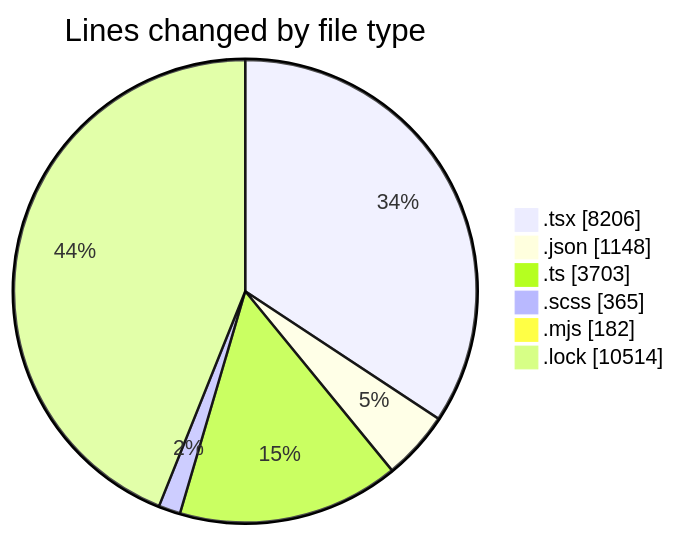
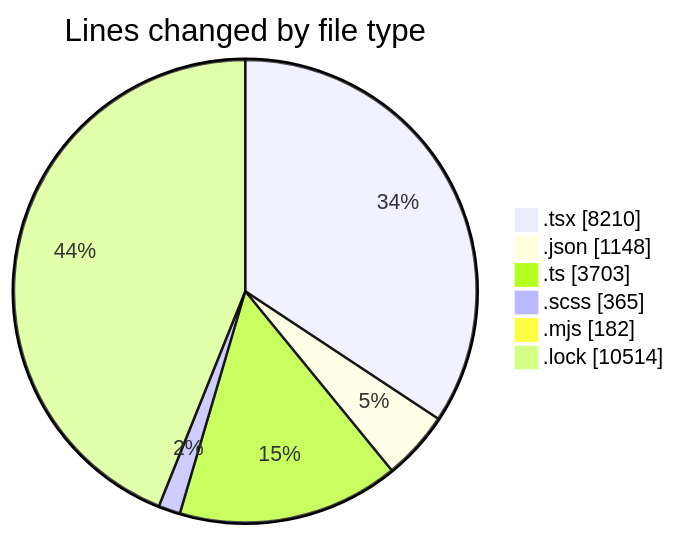
One commit to momahboobian/code-tracking changed the first of 2 diagrams in 2026-05-12/cda/README.md. Above: the diagram before and after it, drawn with Mermaid. The commit also changed other lines of this file and 1 other file, not shown here.

````diff
--- a/2026-05-12/cda/README.md
+++ b/2026-05-12/cda/README.md
@@ -52,10 +52,10 @@
 ```mermaid
 pie showData
 title Lines changed by file type
-".tsx" : 8206
+".tsx" : 8210
 ".json" : 1148
 ".ts" : 3703
 ".scss" : 365
 ".mjs" : 182
 ".lock" : 10514
 ```
````
